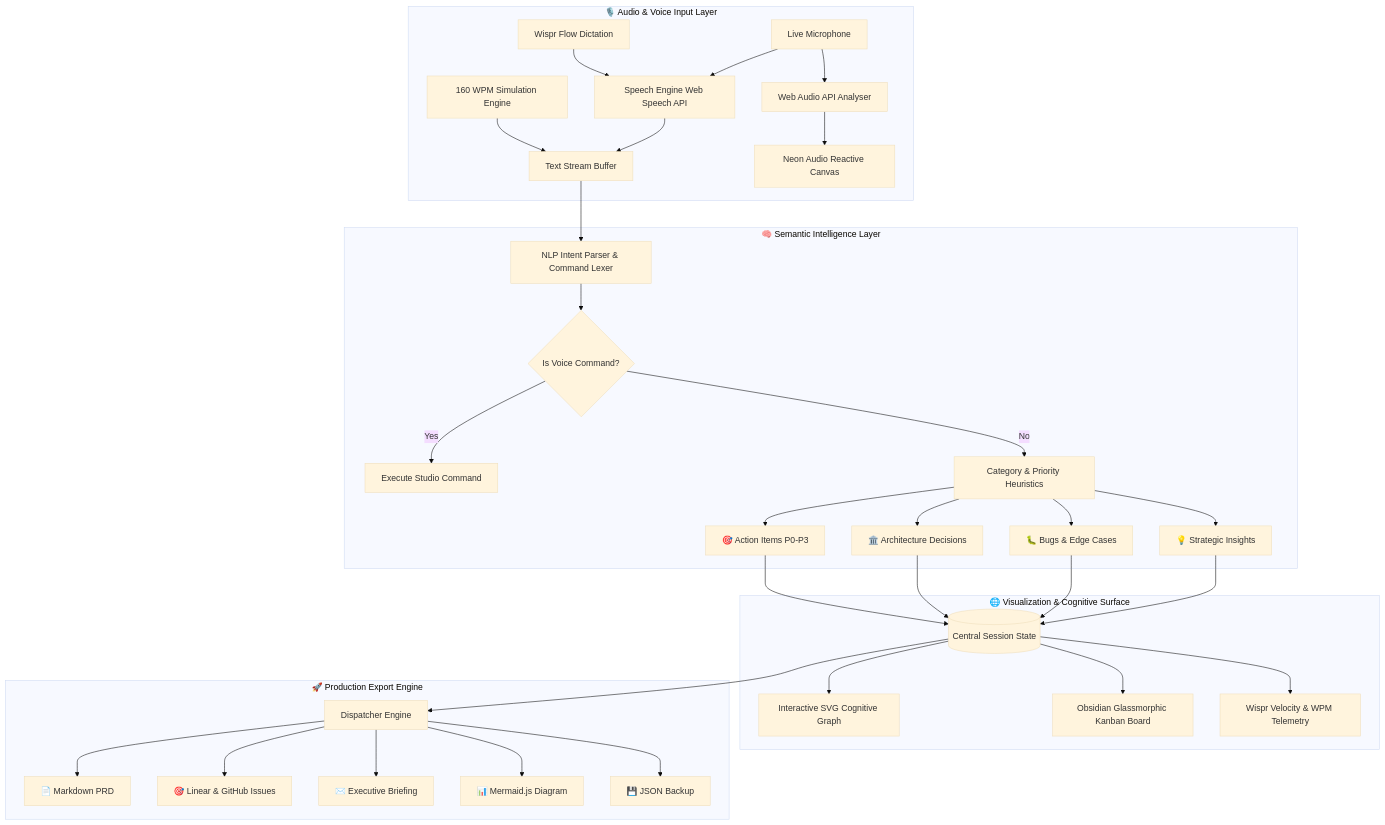
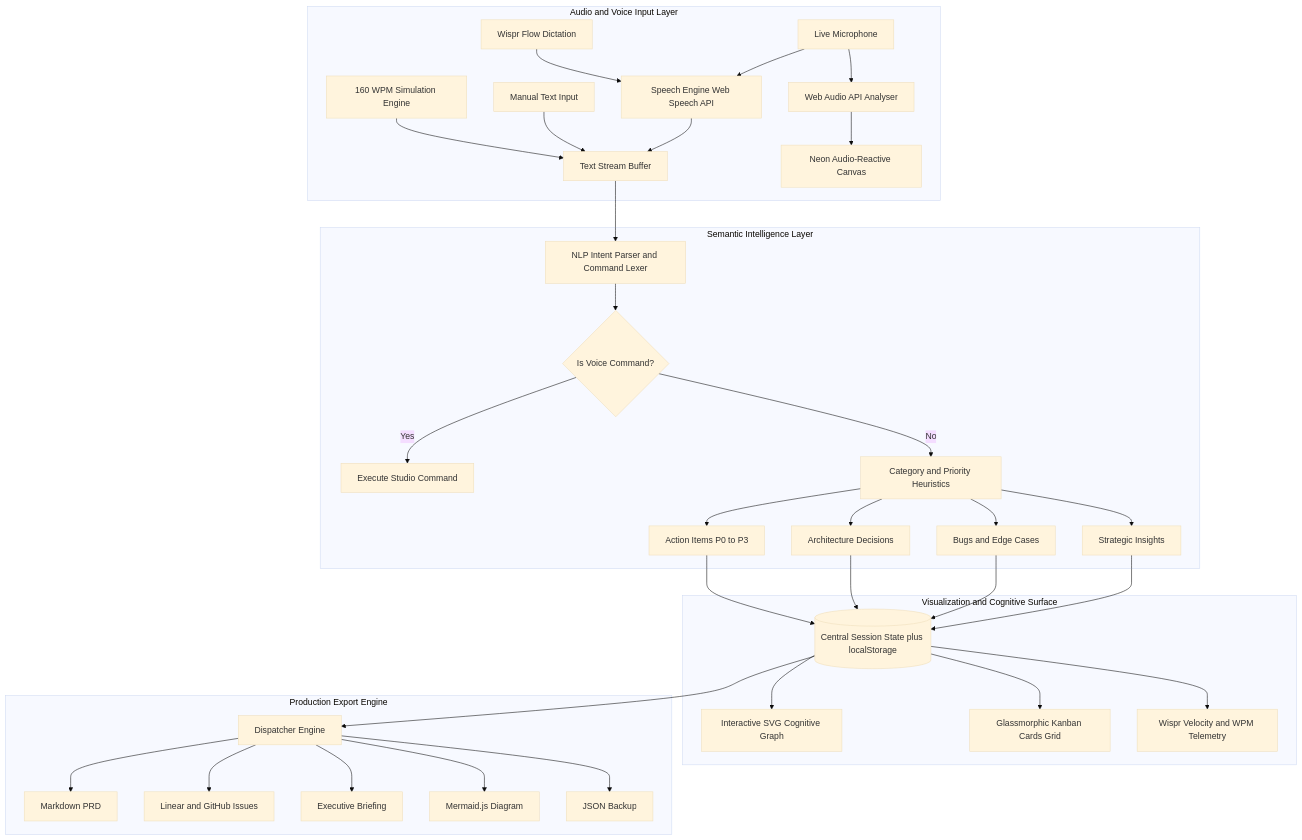
Before and after one commit to Monish03905/Task-Wispr-Flow: the diagram in README.md, drawn with Mermaid (base theme). The commit also changed other lines of this file, not shown here.

Commit message:
feat: enhanced README with full docs, architecture diagrams, and feature tables

````diff
--- a/README.md
+++ b/README.md
@@ -126,39 +151,40 @@
 ```mermaid
 flowchart TD
-    subgraph Input ["🎙️ Audio & Voice Input Layer"]
+    subgraph Input ["Audio and Voice Input Layer"]
         A[Wispr Flow Dictation] --> C[Speech Engine Web Speech API]
         B[Live Microphone] --> C
         Sim[160 WPM Simulation Engine] --> D[Text Stream Buffer]
+        Manual[Manual Text Input] --> D
         C --> D
         B --> WA[Web Audio API Analyser]
-        WA --> Canvas[Neon Audio Reactive Canvas]
+        WA --> Canvas[Neon Audio-Reactive Canvas]
     end
 
-    subgraph Processing ["🧠 Semantic Intelligence Layer"]
-        D --> Parser[NLP Intent Parser & Command Lexer]
+    subgraph Processing ["Semantic Intelligence Layer"]
+        D --> Parser[NLP Intent Parser and Command Lexer]
         Parser --> CMD{Is Voice Command?}
         CMD -- Yes --> Actions[Execute Studio Command]
-        CMD -- No --> Classifier[Category & Priority Heuristics]
+        CMD -- No --> Classifier[Category and Priority Heuristics]
         
-        Classifier --> Cat1[🎯 Action Items P0-P3]
-        Classifier --> Cat2[🏛️ Architecture Decisions]
-        Classifier --> Cat3[🐛 Bugs & Edge Cases]
-        Classifier --> Cat4[💡 Strategic Insights]
+        Classifier --> Cat1[Action Items P0 to P3]
+        Classifier --> Cat2[Architecture Decisions]
+        Classifier --> Cat3[Bugs and Edge Cases]
+        Classifier --> Cat4[Strategic Insights]
     end
 
-    subgraph Visualization ["🌐 Visualization & Cognitive Surface"]
-        Cat1 & Cat2 & Cat3 & Cat4 --> Store[(Central Session State)]
+    subgraph Visualization ["Visualization and Cognitive Surface"]
+        Cat1 & Cat2 & Cat3 & Cat4 --> Store[(Central Session State plus localStorage)]
         Store --> Graph[Interactive SVG Cognitive Graph]
-        Store --> Board[Obsidian Glassmorphic Kanban Board]
-        Store --> Velocity[Wispr Velocity & WPM Telemetry]
+        Store --> Board[Glassmorphic Kanban Cards Grid]
+        Store --> Velocity[Wispr Velocity and WPM Telemetry]
     end
 
-    subgraph Output ["🚀 Production Export Engine"]
+    subgraph Output ["Production Export Engine"]
         Store --> Export[Dispatcher Engine]
-        Export --> O1[📄 Markdown PRD]
-        Export --> O2[🎯 Linear & GitHub Issues]
-        Export --> O3[✉️ Executive Briefing]
-        Export --> O4[📊 Mermaid.js Diagram]
-        Export --> O5[💾 JSON Backup]
+        Export --> O1[Markdown PRD]
+        Export --> O2[Linear and GitHub Issues]
+        Export --> O3[Executive Briefing]
+        Export --> O4[Mermaid.js Diagram]
+        Export --> O5[JSON Backup]
     end
 ```
````
